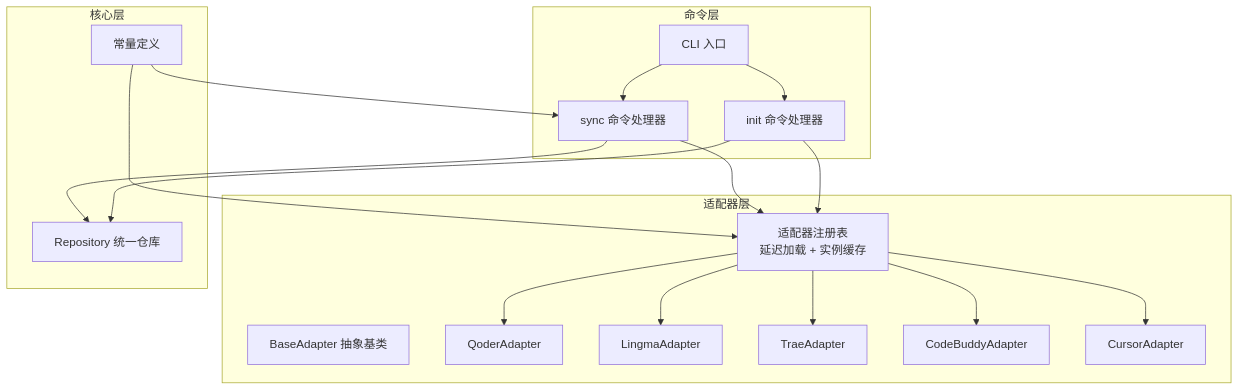
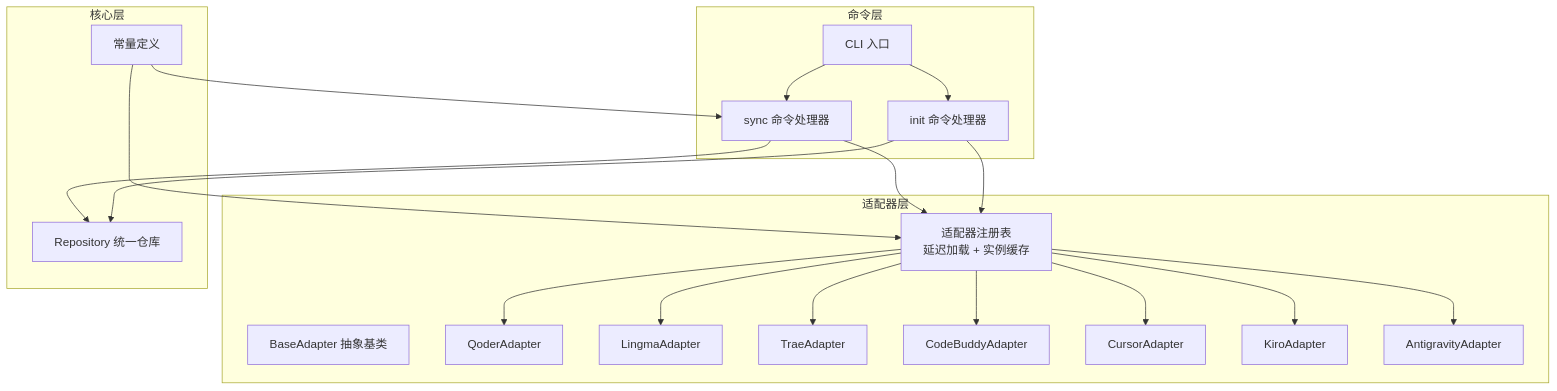
The first of 6 diagrams in .qoder/repowiki/zh/content/IDE适配器/适配器注册与管理.md (MapleWan/MSR), drawn with Mermaid before and after one commit. The commit also changed other lines of this file and 5 other files, not shown here.

````diff
--- a/.qoder/repowiki/zh/content/IDE适配器/适配器注册与管理.md
+++ b/.qoder/repowiki/zh/content/IDE适配器/适配器注册与管理.md
@@ -48,34 +61,38 @@
 ```mermaid
 graph TB
 subgraph "适配器层"
 Base["BaseAdapter 抽象基类"]
 Qoder["QoderAdapter"]
 Lingma["LingmaAdapter"]
 Trae["TraeAdapter"]
 CodeBuddy["CodeBuddyAdapter"]
 Cursor["CursorAdapter"]
+Kiro["KiroAdapter"]
+Antigravity["AntigravityAdapter"]
 Registry["适配器注册表<br/>延迟加载 + 实例缓存"]
 end
 subgraph "命令层"
 CLI["CLI 入口"]
 SyncCmd["sync 命令处理器"]
 InitCmd["init 命令处理器"]
 end
 subgraph "核心层"
 Repo["Repository 统一仓库"]
 Const["常量定义"]
 end
 CLI --> SyncCmd
 CLI --> InitCmd
 SyncCmd --> Registry
 InitCmd --> Registry
 Registry --> Qoder
 Registry --> Lingma
 Registry --> Trae
 Registry --> CodeBuddy
 Registry --> Cursor
+Registry --> Kiro
+Registry --> Antigravity
 SyncCmd --> Repo
 InitCmd --> Repo
 Const --> SyncCmd
 Const --> Registry
 ```
````
